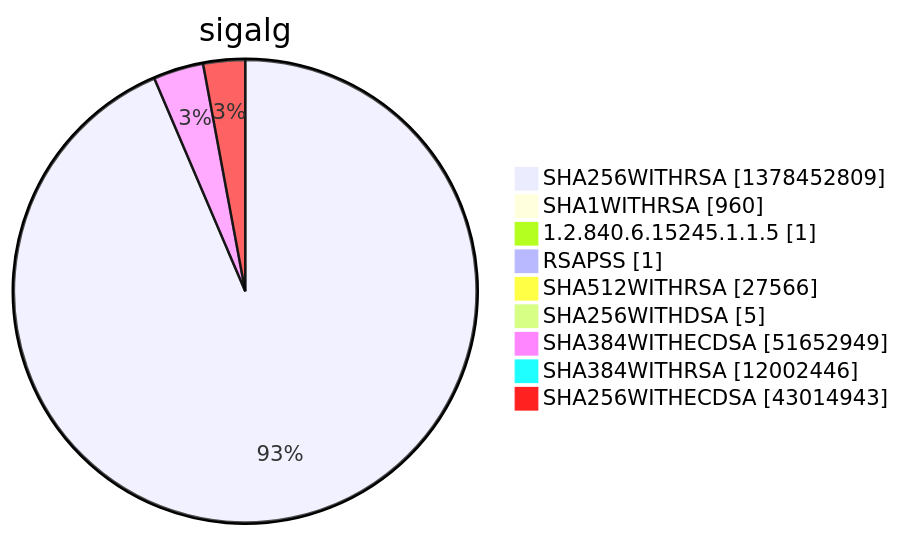
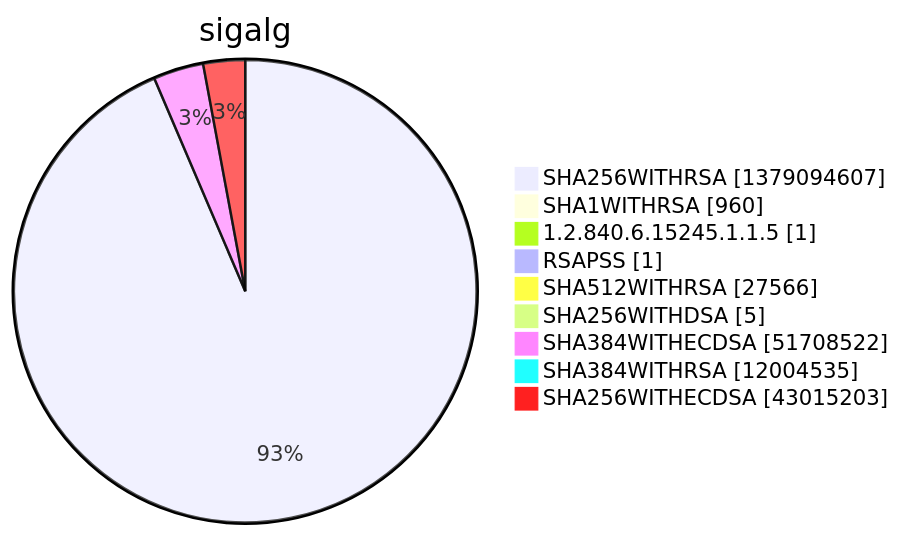
One commit to christiankrug/ctmonitor_visualization changed diagram 15 of 15 in argon2022/README.md. Above: the diagram before and after it, drawn with Mermaid. The commit also changed other lines of this file, not shown here.

````diff
--- a/argon2022/README.md
+++ b/argon2022/README.md
@@ -5524,13 +5524,13 @@
 ```mermaid
 pie showData
 title sigalg
-"SHA256WITHRSA" :1378452809
+"SHA256WITHRSA" :1379094607
 "SHA1WITHRSA" :960
 "1.2.840.6.15245.1.1.5" :1
 "RSAPSS" :1
 "SHA512WITHRSA" :27566
 "SHA256WITHDSA" :5
-"SHA384WITHECDSA" :51652949
-"SHA384WITHRSA" :12002446
-"SHA256WITHECDSA" :43014943
+"SHA384WITHECDSA" :51708522
+"SHA384WITHRSA" :12004535
+"SHA256WITHECDSA" :43015203
 ```
````
